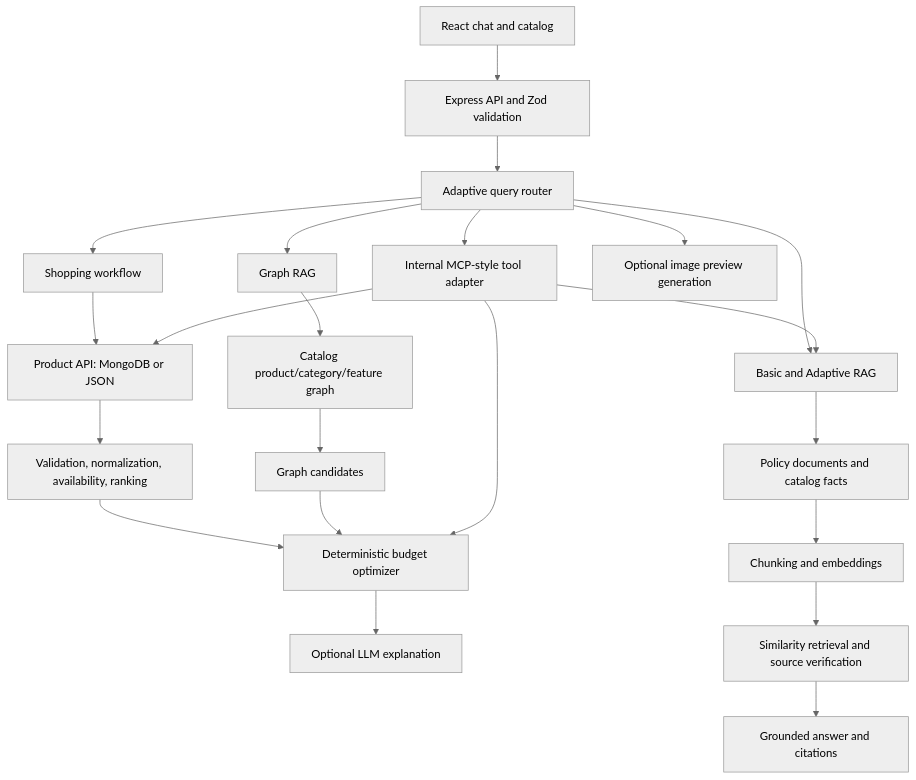
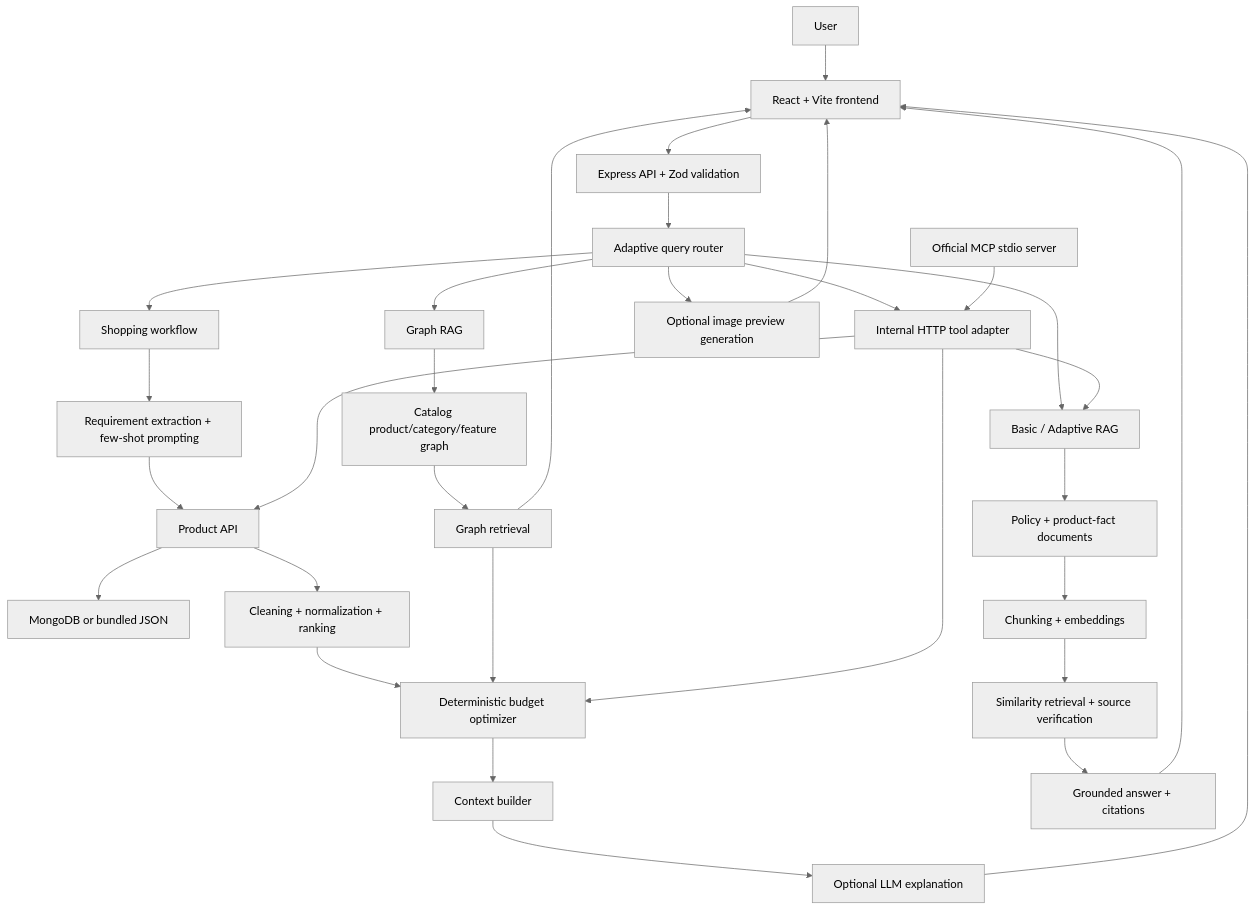
The diagram in README.md (asfahana01/AI-Budget-Shopping-Assistant), drawn with Mermaid (neutral theme) before and after one commit. The commit also changed other lines of this file, not shown here.

````diff
--- a/README.md
+++ b/README.md
@@ -7,24 +171,38 @@
 ```mermaid
 flowchart TD
-  UI[React chat and catalog] --> API[Express API and Zod validation]
-  API --> Router[Adaptive query router]
-  Router --> Shopping[Shopping workflow]
-  Shopping --> Catalog[Product API: MongoDB or JSON]
-  Catalog --> Clean[Validation, normalization, availability, ranking]
-  Clean --> Optimizer[Deterministic budget optimizer]
-  Optimizer --> Explain[Optional LLM explanation]
-  Router --> RAG[Basic and Adaptive RAG]
-  RAG --> Docs[Policy documents and catalog facts]
-  Docs --> Chunks[Chunking and embeddings]
-  Chunks --> Search[Similarity retrieval and source verification]
-  Search --> Grounded[Grounded answer and citations]
-  Router --> Graph[Graph RAG]
-  Graph --> CatalogGraph[Catalog product/category/feature graph]
-  CatalogGraph --> Candidates[Graph candidates]
-  Candidates --> Optimizer
-  Router --> Tools[Internal MCP-style tool adapter]
-  Tools --> Catalog
-  Tools --> Optimizer
-  Tools --> RAG
-  Router --> Image[Optional image preview generation]
+    User[User] --> UI[React + Vite frontend]
+    UI --> API[Express API + Zod validation]
+    API --> Router[Adaptive query router]
+
+    Router --> Shopping[Shopping workflow]
+    Shopping --> Extract[Requirement extraction + few-shot prompting]
+    Extract --> Catalog[Product API]
+    Catalog --> Sources[MongoDB or bundled JSON]
+    Catalog --> Pipeline[Cleaning + normalization + ranking]
+    Pipeline --> Optimizer[Deterministic budget optimizer]
+    Optimizer --> Context[Context builder]
+    Context --> LLM[Optional LLM explanation]
+
+    Router --> RAG[Basic / Adaptive RAG]
+    RAG --> Docs[Policy + product-fact documents]
+    Docs --> Chunks[Chunking + embeddings]
+    Chunks --> Retrieval[Similarity retrieval + source verification]
+    Retrieval --> Grounded[Grounded answer + citations]
+
+    Router --> Graph[Graph RAG]
+    Graph --> GraphBuild[Catalog product/category/feature graph]
+    GraphBuild --> GraphRetrieve[Graph retrieval]
+    GraphRetrieve --> Optimizer
+
+    Router --> Tools[Internal HTTP tool adapter]
+    Tools --> Catalog
+    Tools --> Optimizer
+    Tools --> RAG
+
+    MCP[Official MCP stdio server] --> Tools
+    Router --> Preview[Optional image preview generation]
+    Preview --> UI
+    LLM --> UI
+    Grounded --> UI
+    GraphRetrieve --> UI
 ```
````
